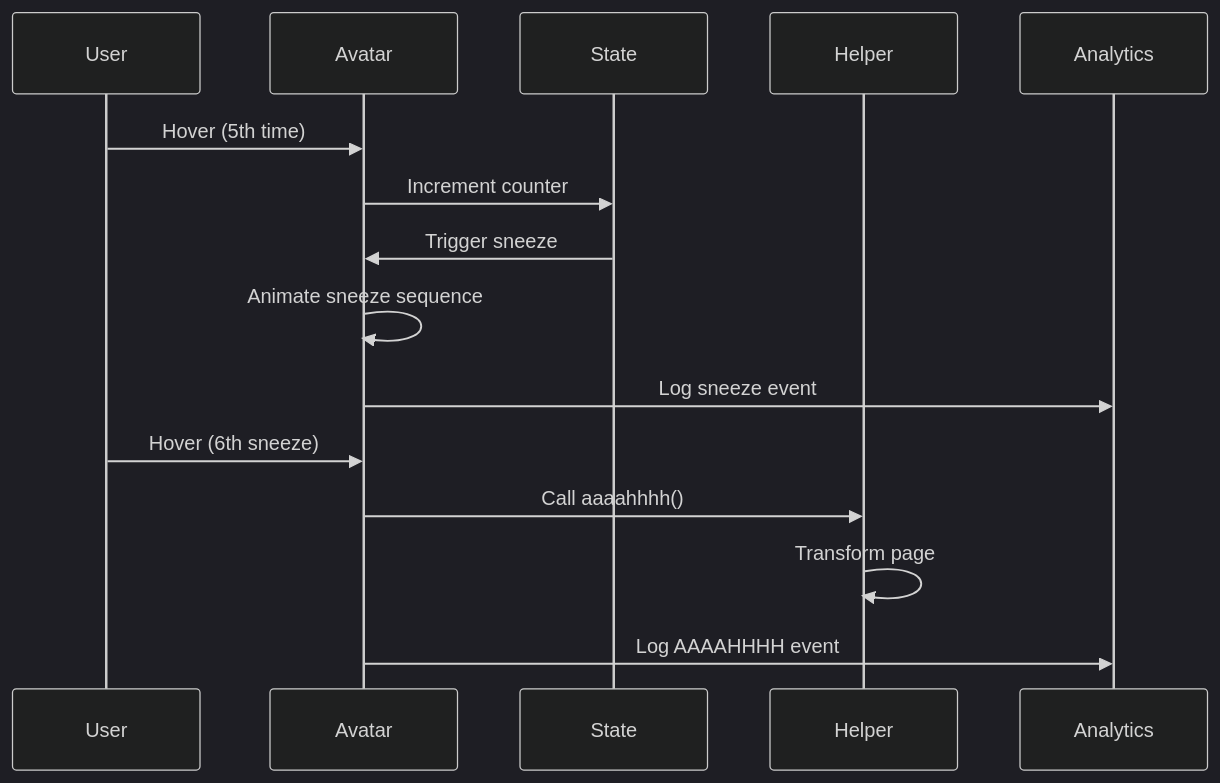
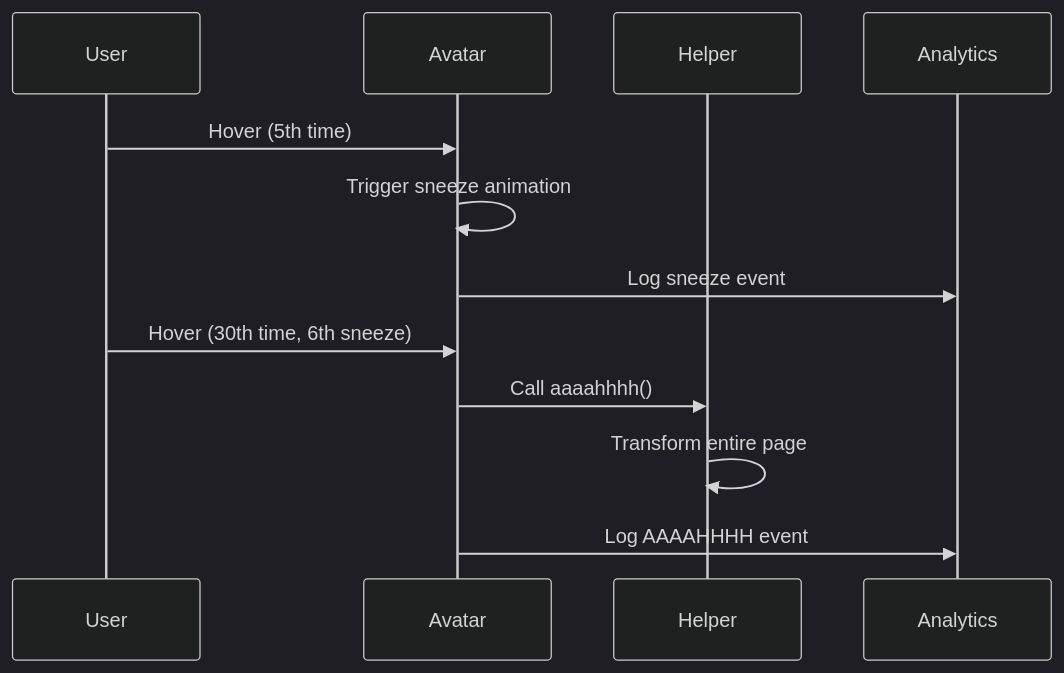
The diagram in docs/architecture/components/avatar.md (AlexJSully/AlexJSully-Portfolio), drawn with Mermaid (dark theme) before and after one commit. The commit also changed other lines of this file and 10 other files, not shown here.

````diff
--- a/docs/architecture/components/avatar.md
+++ b/docs/architecture/components/avatar.md
@@ -195,19 +70,16 @@
 ```mermaid
 sequenceDiagram
     participant User
     participant Avatar
-    participant State
     participant Helper
     participant Analytics
 
     User->>Avatar: Hover (5th time)
-    Avatar->>State: Increment counter
-    State->>Avatar: Trigger sneeze
-    Avatar->>Avatar: Animate sneeze sequence
+    Avatar->>Avatar: Trigger sneeze animation
     Avatar->>Analytics: Log sneeze event
 
-    User->>Avatar: Hover (6th sneeze)
+    User->>Avatar: Hover (30th time, 6th sneeze)
     Avatar->>Helper: Call aaaahhhh()
-    Helper->>Helper: Transform page
+    Helper->>Helper: Transform entire page
     Avatar->>Analytics: Log AAAAHHHH event
 ```
````
